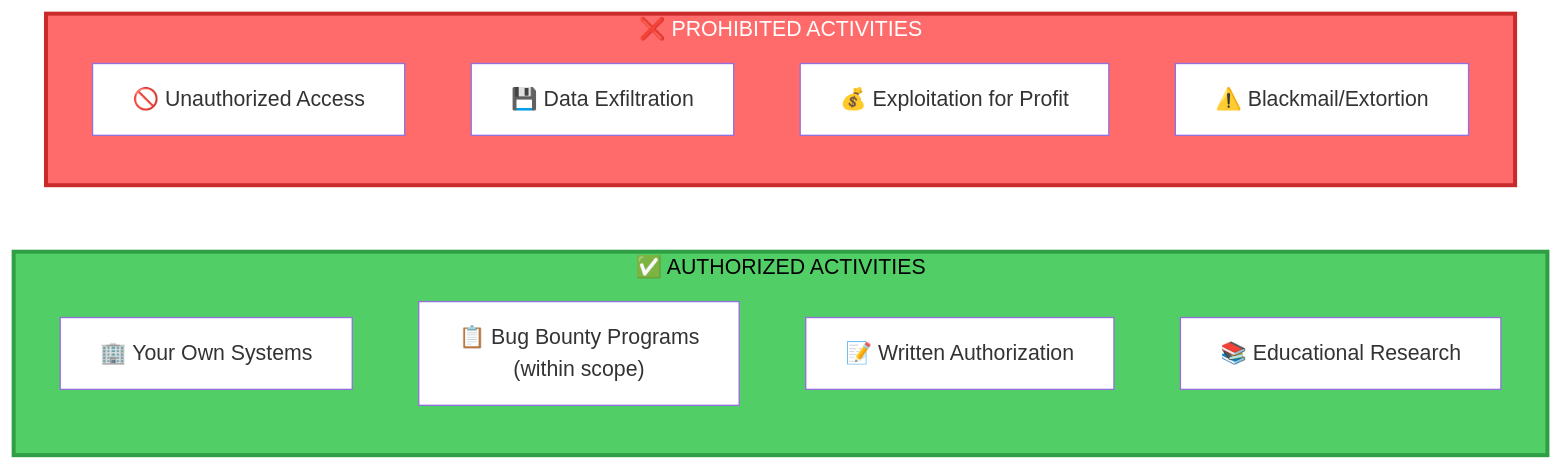
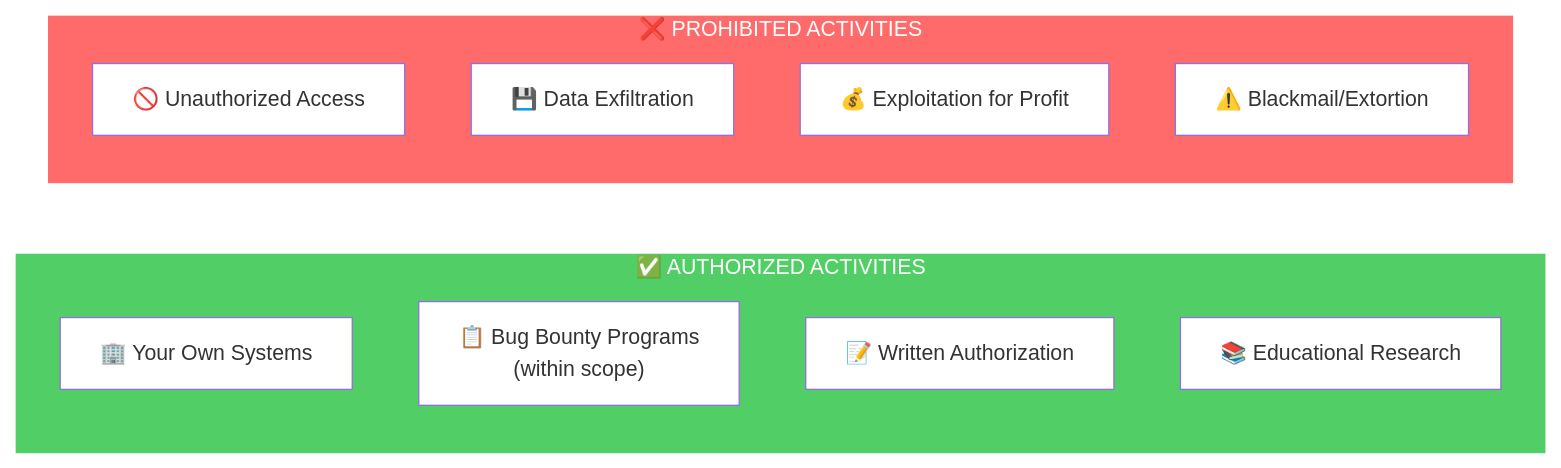
Before and after one commit to mizazhaider-ceh/Web-Security-Google-Dorking: the seventh of 7 diagrams in README.md, drawn with Mermaid. The commit also changed other lines of this file, not shown here.

````diff
--- a/README.md
+++ b/README.md
@@ -404,20 +404,20 @@
 ```mermaid
-%%{init: {'theme':'default', 'themeVariables': { 'background':'#ffffff','mainBkg':'#ffffff','secondaryBkg':'#ffffff','tertiaryBkg':'#ffffff','clusterBkg':'#ffffff'}}}%%
+%%{init: {'theme':'default', 'themeVariables': { 'background':'#ffffff','mainBkg':'#ffffff','secondaryBkg':'#ffffff','tertiaryBkg':'#ffffff','clusterBkg':'#ffffff','lineColor':'#ffffff','edgeLabelBackground':'#667eea','clusterBorder':'#ffffff'}}}%%
 flowchart LR
     subgraph Allowed["✅ AUTHORIZED ACTIVITIES"]
         A1["🏢 Your Own Systems"]
         A2["📋 Bug Bounty Programs<br/>(within scope)"]
         A3["📝 Written Authorization"]
         A4["📚 Educational Research"]
     end
     
     subgraph Prohibited["❌ PROHIBITED ACTIVITIES"]
         P1["🚫 Unauthorized Access"]
         P2["💾 Data Exfiltration"]
         P3["💰 Exploitation for Profit"]
         P4["⚠️ Blackmail/Extortion"]
     end
     
-    style Allowed fill:#51cf66,stroke:#2f9e44,stroke-width:3px,color:#000
-    style Prohibited fill:#ff6b6b,stroke:#c92a2a,stroke-width:3px,color:#fff
+    style Allowed fill:#51cf66,stroke:#ffffff,stroke-width:3px,color:#fff
+    style Prohibited fill:#ff6b6b,stroke:#ffffff,stroke-width:3px,color:#fff
 ```
````
